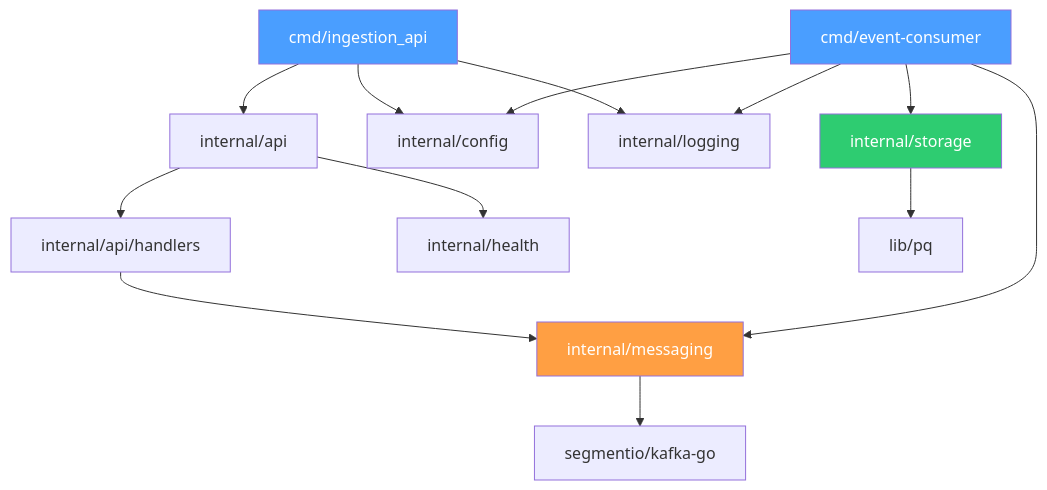
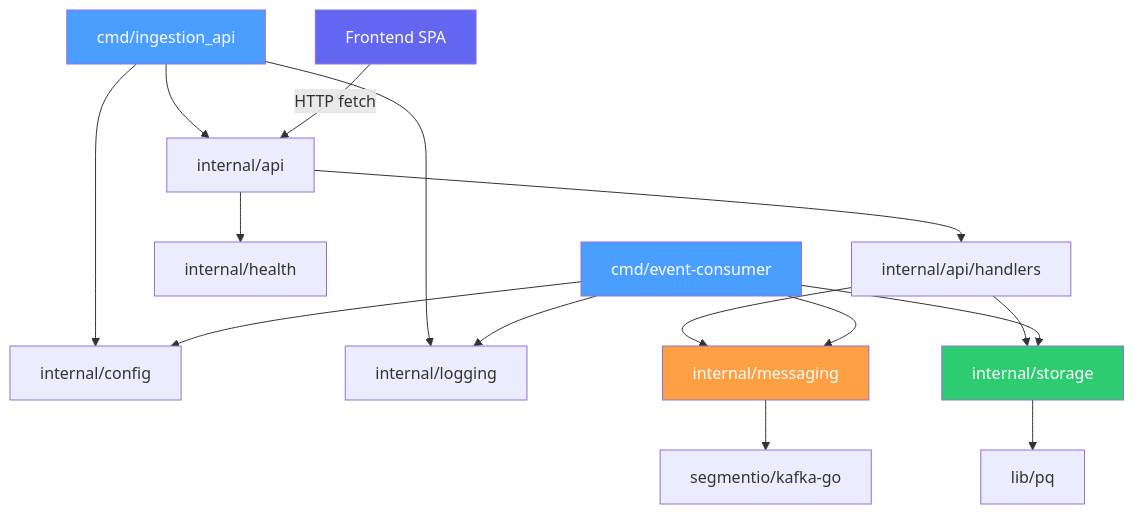
Before and after one commit to Karthik0000007/Event_Analytics_Platform: the second of 6 diagrams in ARCHITECTURE.md, drawn with Mermaid. The commit also changed other lines of this file and 1 other file, not shown here.

Commit message:
docs: update README and ARCHITECTURE with frontend documentation

````diff
--- a/ARCHITECTURE.md
+++ b/ARCHITECTURE.md
@@ -131,23 +149,27 @@
 ```mermaid
 graph TD
     CMD_API[cmd/ingestion_api] --> API[internal/api]
     CMD_API --> CFG[internal/config]
     CMD_API --> LOG[internal/logging]
 
     API --> HANDLERS[internal/api/handlers]
     API --> HEALTH[internal/health]
     HANDLERS --> MSG[internal/messaging]
+    HANDLERS --> STORE[internal/storage]
 
     CMD_CON[cmd/event-consumer] --> CFG
     CMD_CON --> LOG
     CMD_CON --> MSG
-    CMD_CON --> STORE[internal/storage]
+    CMD_CON --> STORE
+
+    FRONTEND[Frontend SPA] -->|HTTP fetch| API
 
     MSG --> KAFKA_GO[segmentio/kafka-go]
     STORE --> LIB_PQ[lib/pq]
 
     style CMD_API fill:#4a9eff,color:#fff
     style CMD_CON fill:#4a9eff,color:#fff
     style MSG fill:#ff9f43,color:#fff
     style STORE fill:#2ecc71,color:#fff
+    style FRONTEND fill:#6366f1,color:#fff
 ```
````
